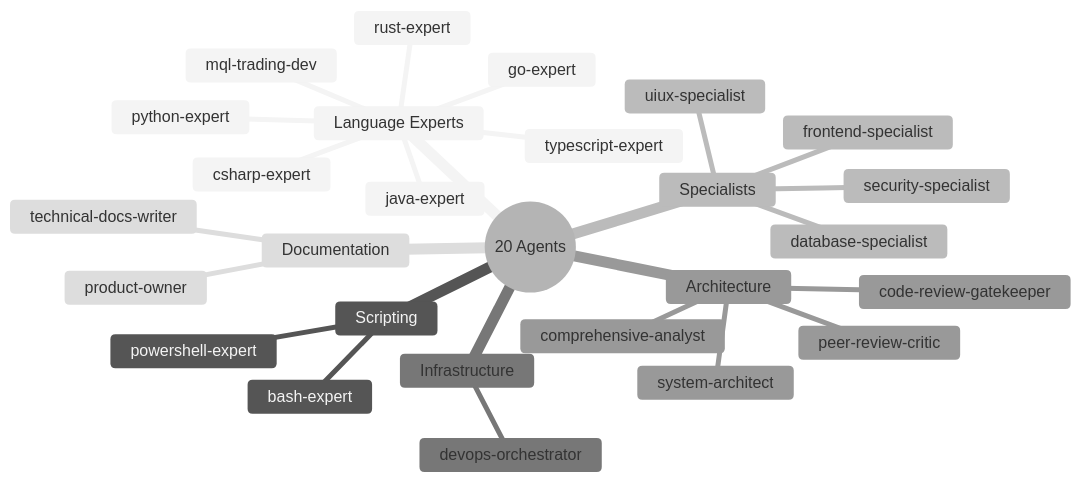
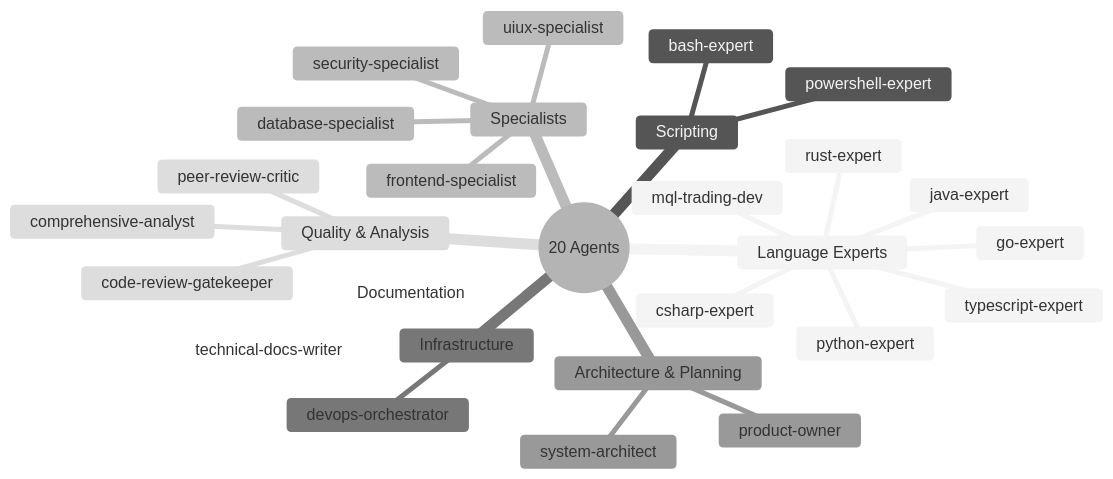
The fourth of 4 diagrams in skills/workflow-visualizer.md (tomas-rampas/claude-agentic-framework), drawn with Mermaid (neutral theme) before and after one commit. The commit also changed other lines of this file, not shown here.

Commit message:
docs: address Copilot re-review on workflow-visualizer mindmaps
- First mindmap put product-owner under "Documentation"; restructure that branch
  to match claude.json taxonomy: Architecture & Planning (system-architect,
  product-owner), Quality & Analysis (comprehensive-analyst, code-review-gatekeeper,
  peer-review-critic), Documentation (technical-docs-writer).
- Second mindmap footer said "6 major categories" but renders 5 top-level groups;
  corrected to 5.

````diff
--- a/skills/workflow-visualizer.md
+++ b/skills/workflow-visualizer.md
@@ -107,30 +107,31 @@
 ```mermaid
 mindmap
   root((20 Agents))
     Language Experts
       rust-expert
       csharp-expert
       go-expert
       java-expert
       python-expert
       typescript-expert
       mql-trading-dev
     Scripting
       bash-expert
       powershell-expert
     Specialists
       database-specialist
       frontend-specialist
       security-specialist
       uiux-specialist
     Infrastructure
       devops-orchestrator
-    Architecture
+    Architecture & Planning
       system-architect
+      product-owner
+    Quality & Analysis
       comprehensive-analyst
       code-review-gatekeeper
       peer-review-critic
     Documentation
       technical-docs-writer
-      product-owner
 ```
````
